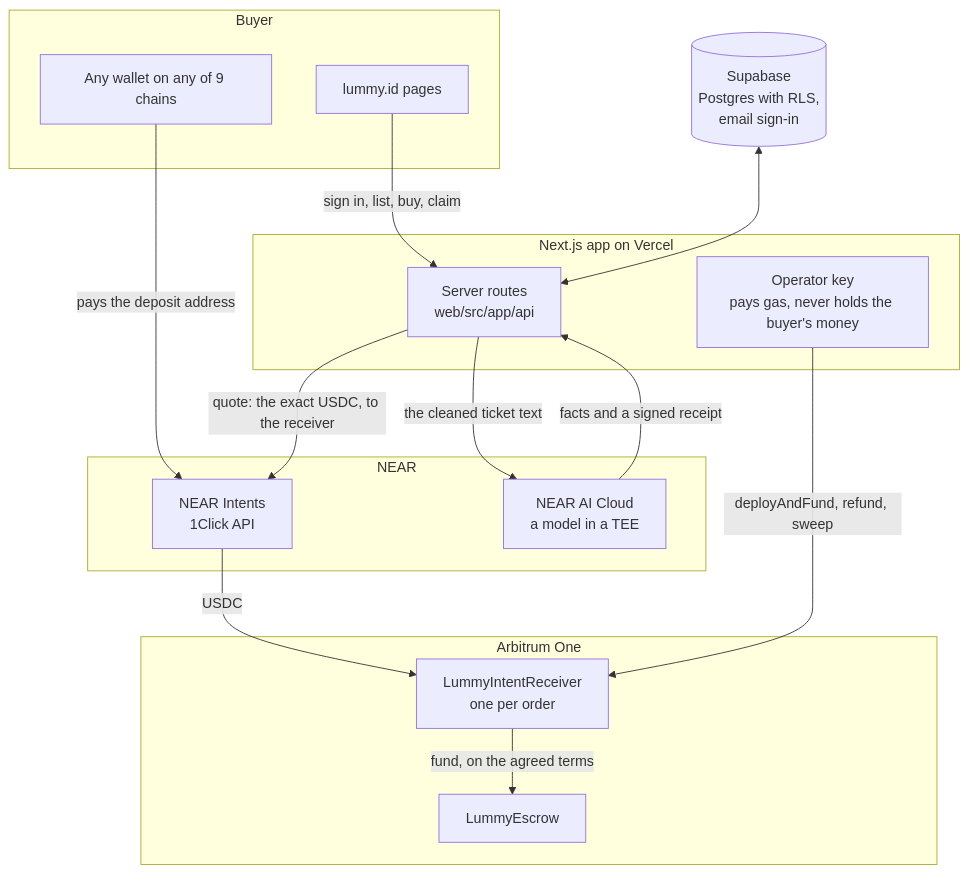
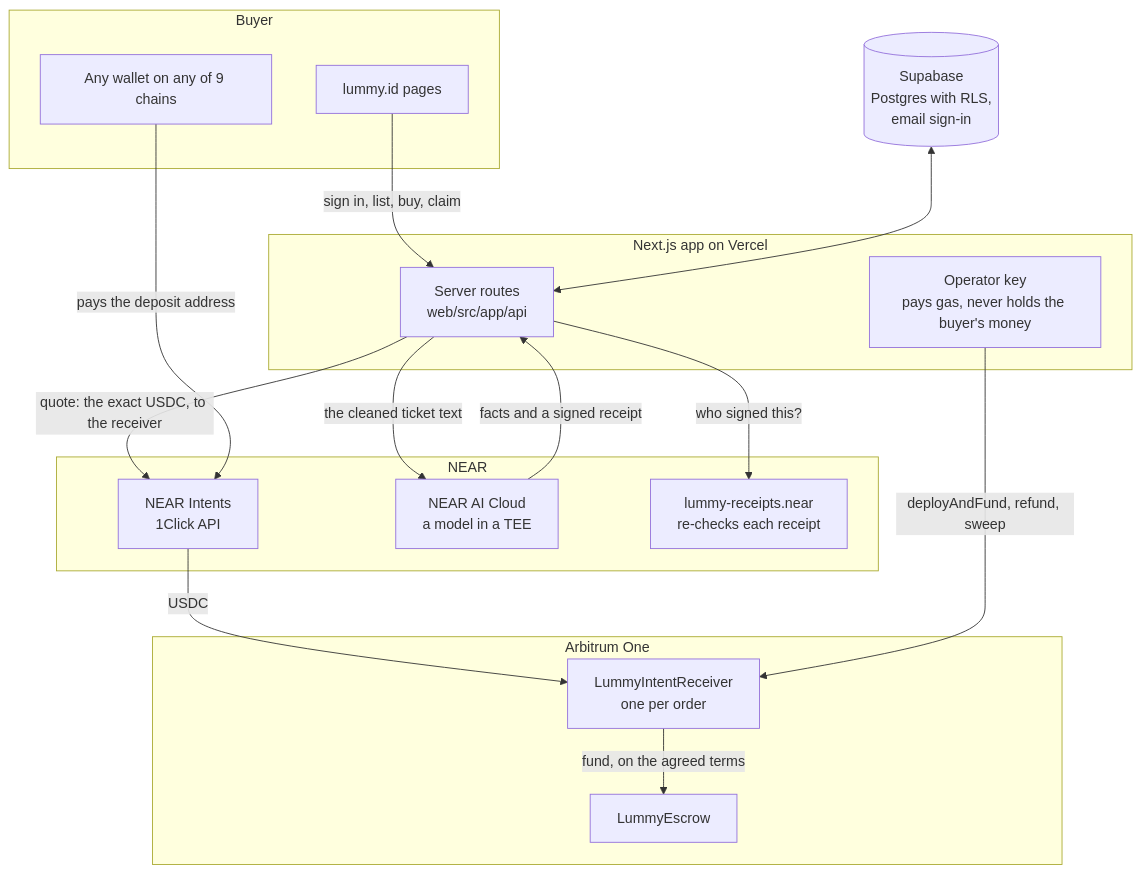
The third of 4 diagrams in README.md (Lummy-Ticket/lummy), drawn with Mermaid before and after one commit. The commit also changed other lines of this file, not shown here.

Commit message:
README: the NEAR contract in the badges, contracts, diagram, checks, tools and repo map; no longer says we have none

````diff
--- a/README.md
+++ b/README.md
@@ -218,29 +226,31 @@
 ```mermaid
 flowchart TB
   subgraph Buyer["Buyer"]
     W["Any wallet on any of 9 chains"]
     UI["lummy.id pages"]
   end
   subgraph App["Next.js app on Vercel"]
     API["Server routes<br/>web/src/app/api"]
     OP["Operator key<br/>pays gas, never holds the buyer's money"]
   end
   subgraph NEAR["NEAR"]
     NI["NEAR Intents<br/>1Click API"]
     NA["NEAR AI Cloud<br/>a model in a TEE"]
+    RR["lummy-receipts.near<br/>re-checks each receipt"]
   end
   subgraph ARB["Arbitrum One"]
     R["LummyIntentReceiver<br/>one per order"]
     E["LummyEscrow"]
   end
   DB[("Supabase<br/>Postgres with RLS,<br/>email sign-in")]
   UI -->|"sign in, list, buy, claim"| API
   API -->|"quote: the exact USDC, to the receiver"| NI
   W -->|"pays the deposit address"| NI
   NI -->|"USDC"| R
   API -->|"the cleaned ticket text"| NA
   NA -->|"facts and a signed receipt"| API
+  API -->|"who signed this?"| RR
   OP -->|"deployAndFund, refund, sweep"| R
   R -->|"fund, on the agreed terms"| E
   DB <--> API
 ```
````
